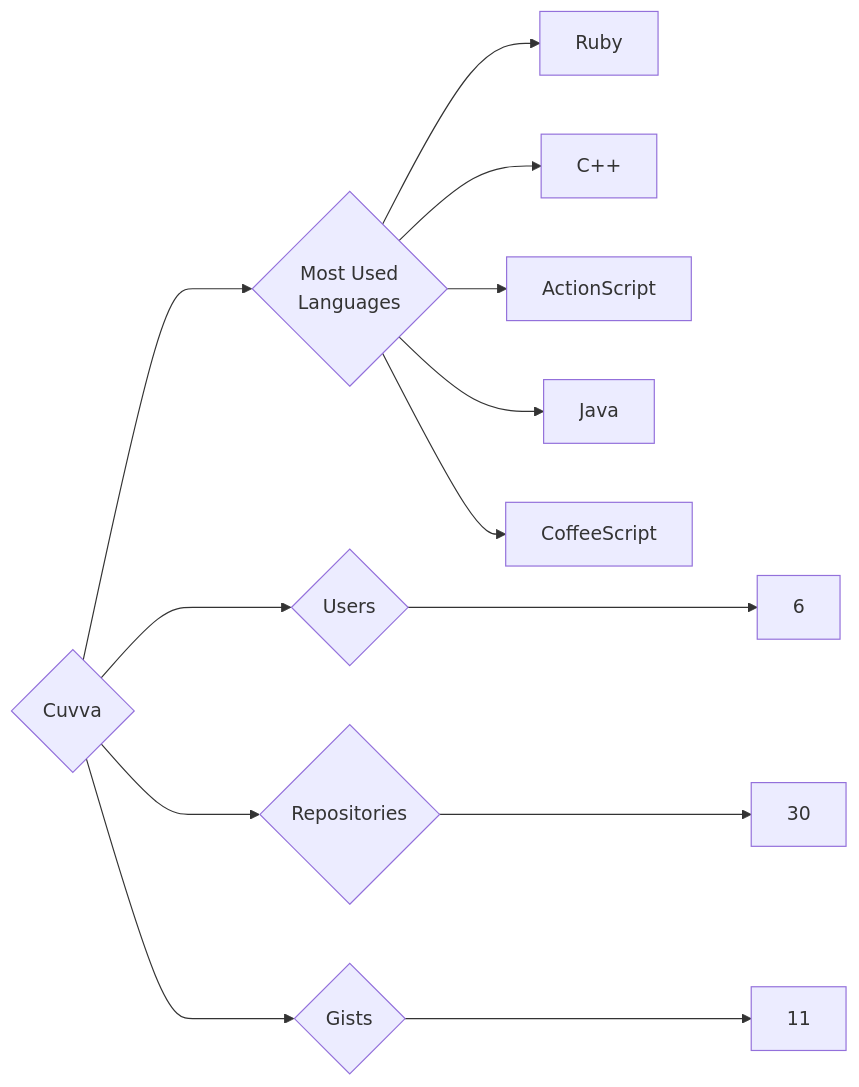
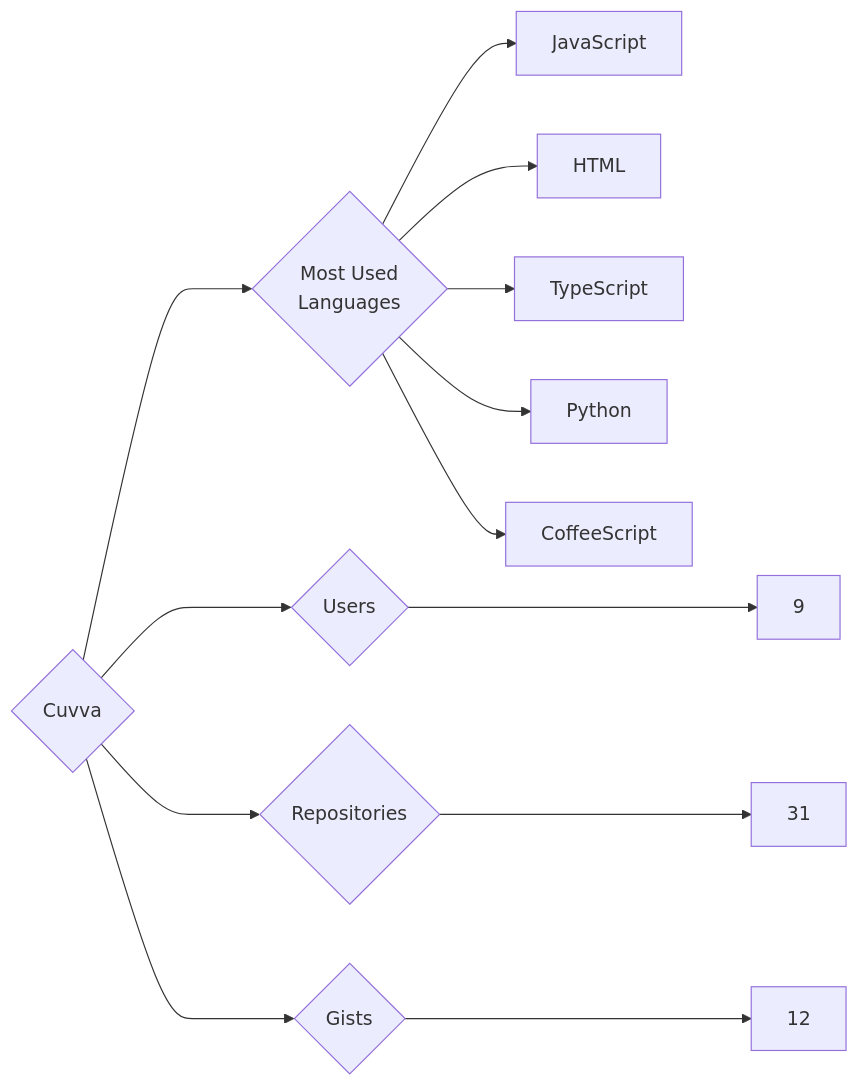
The diagram in targets/Cuvva/README.md (trickest/insiders), drawn with Mermaid before and after one commit. The commit also changed 1238 other files, not shown here.

````diff
--- a/targets/Cuvva/README.md
+++ b/targets/Cuvva/README.md
@@ -3,13 +3,13 @@
 ```mermaid
 graph LR
 COMPANY_NAME{Cuvva}
-COMPANY_NAME ---> U{Users} ---> UN[6]
-COMPANY_NAME ---> R{Repositories} ---> RN[30]
-COMPANY_NAME ---> G{Gists} ---> GN[11]
+COMPANY_NAME ---> U{Users} ---> UN[9]
+COMPANY_NAME ---> R{Repositories} ---> RN[31]
+COMPANY_NAME ---> G{Gists} ---> GN[12]
 COMPANY_NAME ---> ML{Most Used<br>Languages}
-ML --> Ruby[Ruby]
-ML --> C++[C++]
-ML --> ActionScript[ActionScript]
-ML --> Java[Java]
+ML --> JavaScript[JavaScript]
+ML --> HTML[HTML]
+ML --> TypeScript[TypeScript]
+ML --> Python[Python]
 ML --> CoffeeScript[CoffeeScript]
 ```
````
